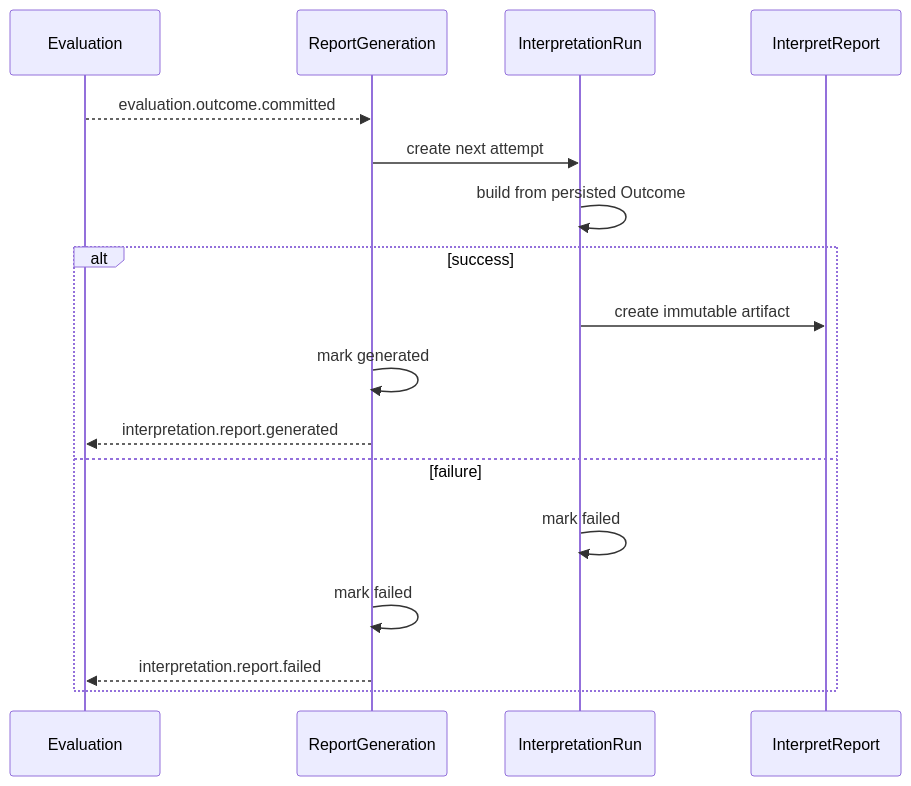
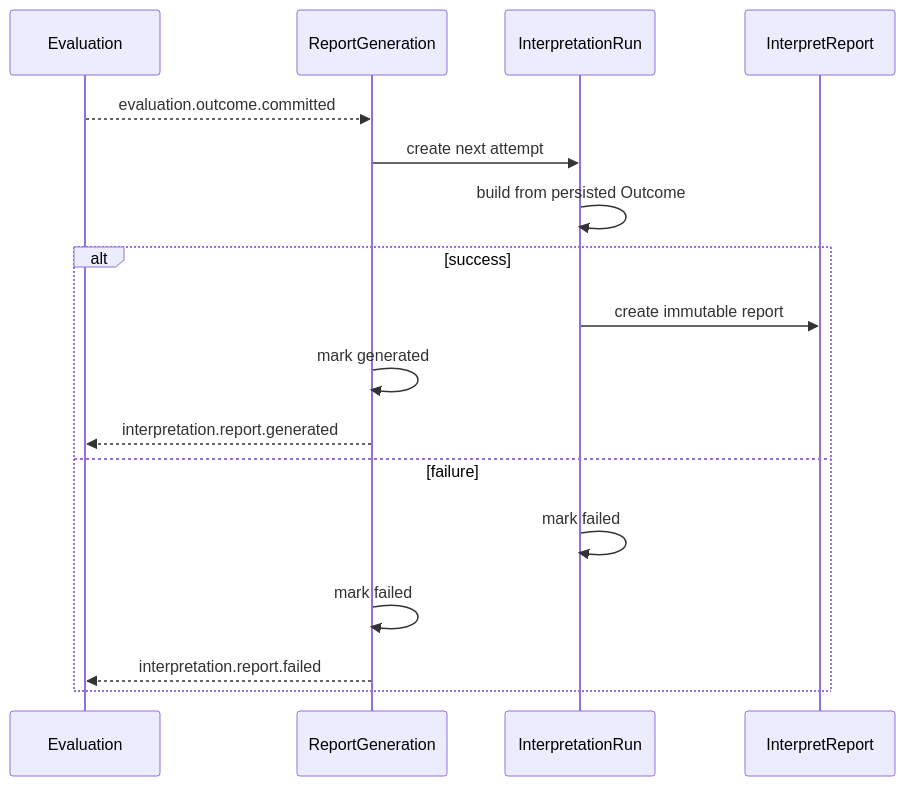
The diagram in docs/02-业务模块/40-interpretation/04-报告生成链路.md (FangcunMount/qs-server), drawn with Mermaid before and after one commit. The commit also changed other lines of this file and 128 other files, not shown here.

````diff
--- a/docs/02-业务模块/40-interpretation/04-报告生成链路.md
+++ b/docs/02-业务模块/40-interpretation/04-报告生成链路.md
@@ -5,19 +5,19 @@
 ```mermaid
 sequenceDiagram
     participant E as Evaluation
     participant G as ReportGeneration
     participant R as InterpretationRun
     participant P as InterpretReport
     E-->>G: evaluation.outcome.committed
     G->>R: create next attempt
     R->>R: build from persisted Outcome
     alt success
-        R->>P: create immutable artifact
+        R->>P: create immutable report
         G->>G: mark generated
         G-->>E: interpretation.report.generated
     else failure
         R->>R: mark failed
         G->>G: mark failed
         G-->>E: interpretation.report.failed
     end
 ```
````
